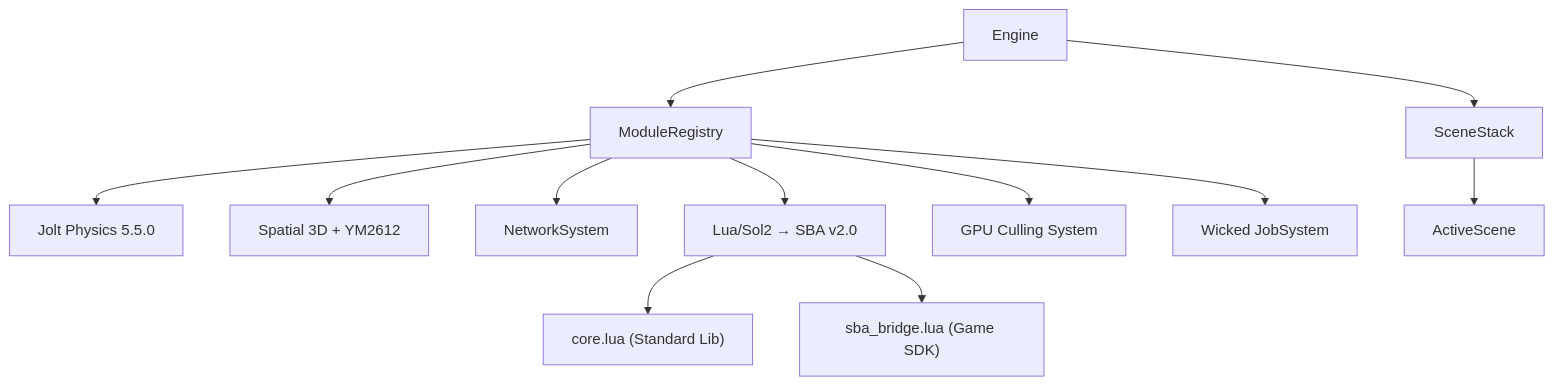
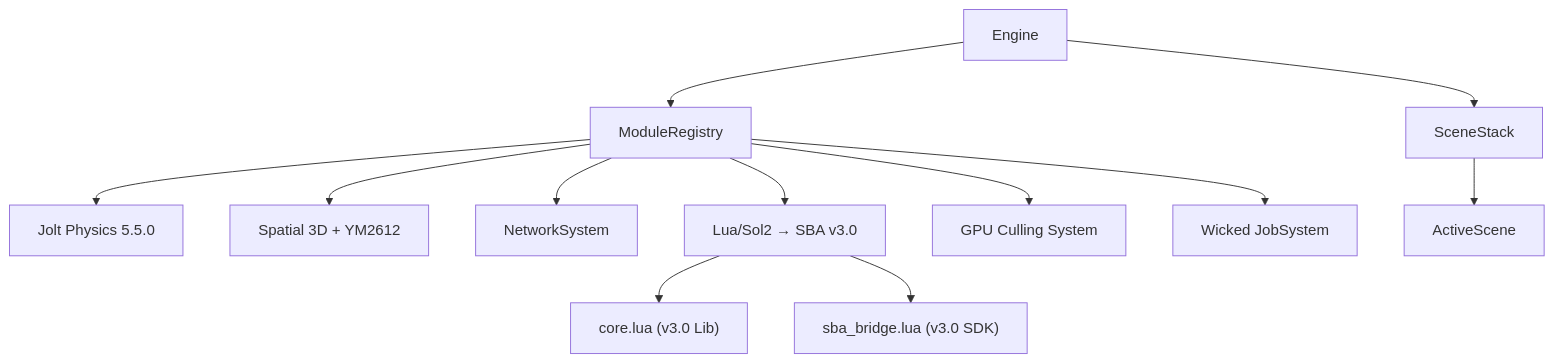
One commit to DragonBlackOne/Starlight-Engine-1.0 changed the first of 2 diagrams in StarlightEngine/docs/ARCHITECTURE.md. Above: the diagram before and after it, drawn with Mermaid. The commit also changed other lines of this file and 202 other files, not shown here.

````diff
--- a/StarlightEngine/docs/ARCHITECTURE.md
+++ b/StarlightEngine/docs/ARCHITECTURE.md
@@ -13,14 +13,14 @@
 ```mermaid
 graph TD
     Engine --> SceneStack
     Engine --> ModuleRegistry
     ModuleRegistry --> PhysicsSystem["Jolt Physics 5.5.0"]
     ModuleRegistry --> AudioSystem["Spatial 3D + YM2612"]
     ModuleRegistry --> NetworkSystem
-    ModuleRegistry --> ScriptSystem["Lua/Sol2 → SBA v2.0"]
+    ModuleRegistry --> ScriptSystem["Lua/Sol2 → SBA v3.0"]
     ModuleRegistry --> GPUCulling["GPU Culling System"]
     ModuleRegistry --> JobSystem["Wicked JobSystem"]
     SceneStack --> ActiveScene
-    ScriptSystem --> CoreLua["core.lua (Standard Lib)"]
-    ScriptSystem --> SBABridge["sba_bridge.lua (Game SDK)"]
+    ScriptSystem --> CoreLua["core.lua (v3.0 Lib)"]
+    ScriptSystem --> SBABridge["sba_bridge.lua (v3.0 SDK)"]
 ```
````
